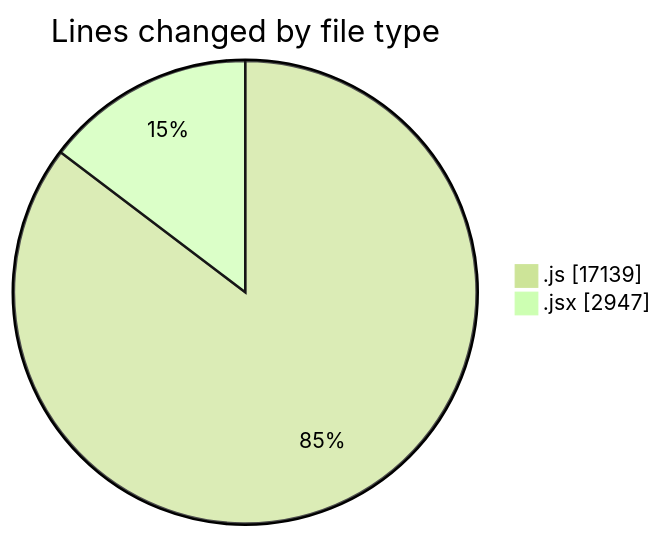
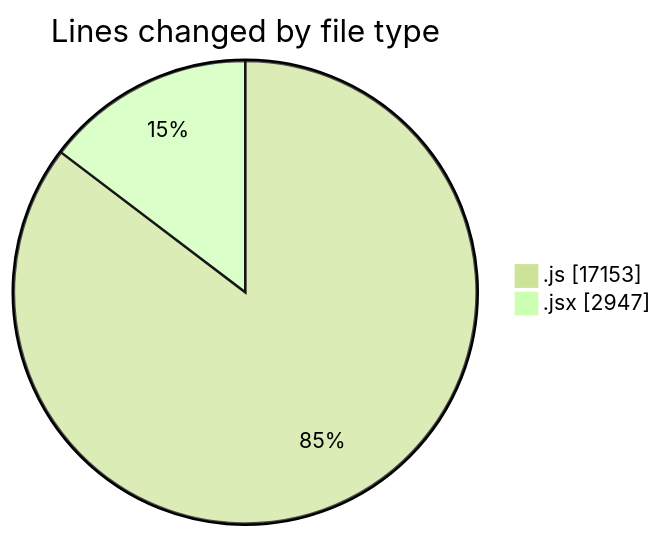
Before and after one commit to nxtqubesakshisongat/code-tracking: the first of 2 diagrams in 2025-09-26/nxtqube_webapp/README.md, drawn with Mermaid (forest theme). The commit also changed other lines of this file and 1 other file, not shown here.

````diff
--- a/2025-09-26/nxtqube_webapp/README.md
+++ b/2025-09-26/nxtqube_webapp/README.md
@@ -27,6 +27,6 @@
 ```mermaid
 pie showData
 title Lines changed by file type
-".js" : 17139
+".js" : 17153
 ".jsx" : 2947
 ```
````
